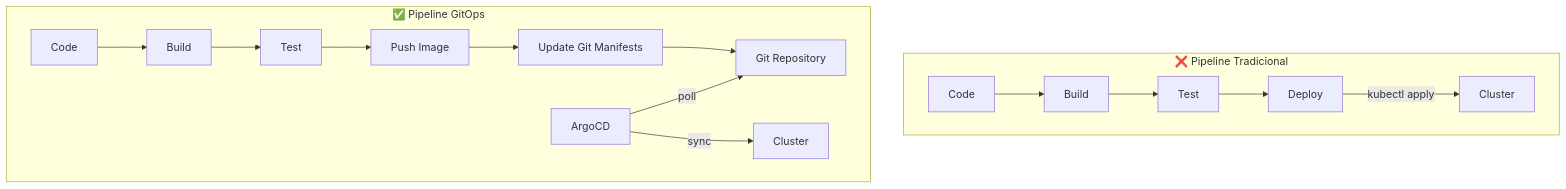
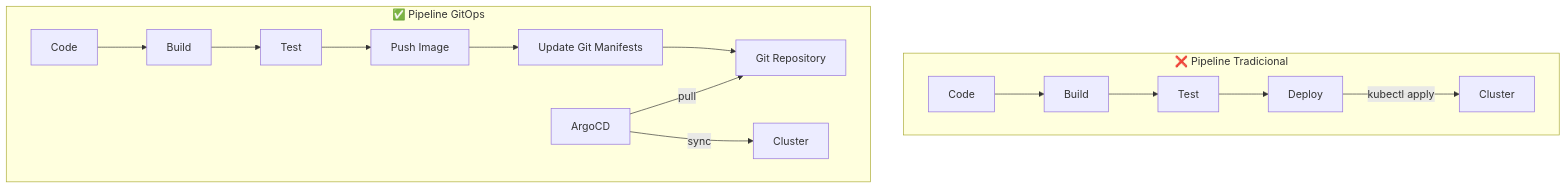
The first of 4 diagrams in VIDEO-4.2-PASSO-A-PASSO.md (DiegoMeloDevOps/fiap-dclt-aula04), drawn with Mermaid before and after one commit. The commit also changed other lines of this file, not shown here.

````diff
--- a/VIDEO-4.2-PASSO-A-PASSO.md
+++ b/VIDEO-4.2-PASSO-A-PASSO.md
@@ -24,19 +24,19 @@
 ```mermaid
 graph TB
     subgraph "❌ Pipeline Tradicional"
         A1[Code] --> A2[Build]
         A2 --> A3[Test]
         A3 --> A4[Deploy]
         A4 -->|kubectl apply| A5[Cluster]
     end
     
     subgraph "✅ Pipeline GitOps"
         B1[Code] --> B2[Build]
         B2 --> B3[Test]
         B3 --> B4[Push Image]
         B4 --> B5[Update Git Manifests]
         B5 --> B6[Git Repository]
-        B7[ArgoCD] -->|poll| B6
+        B7[ArgoCD] -->|pull| B6
         B7 -->|sync| B8[Cluster]
     end
 ```
````
